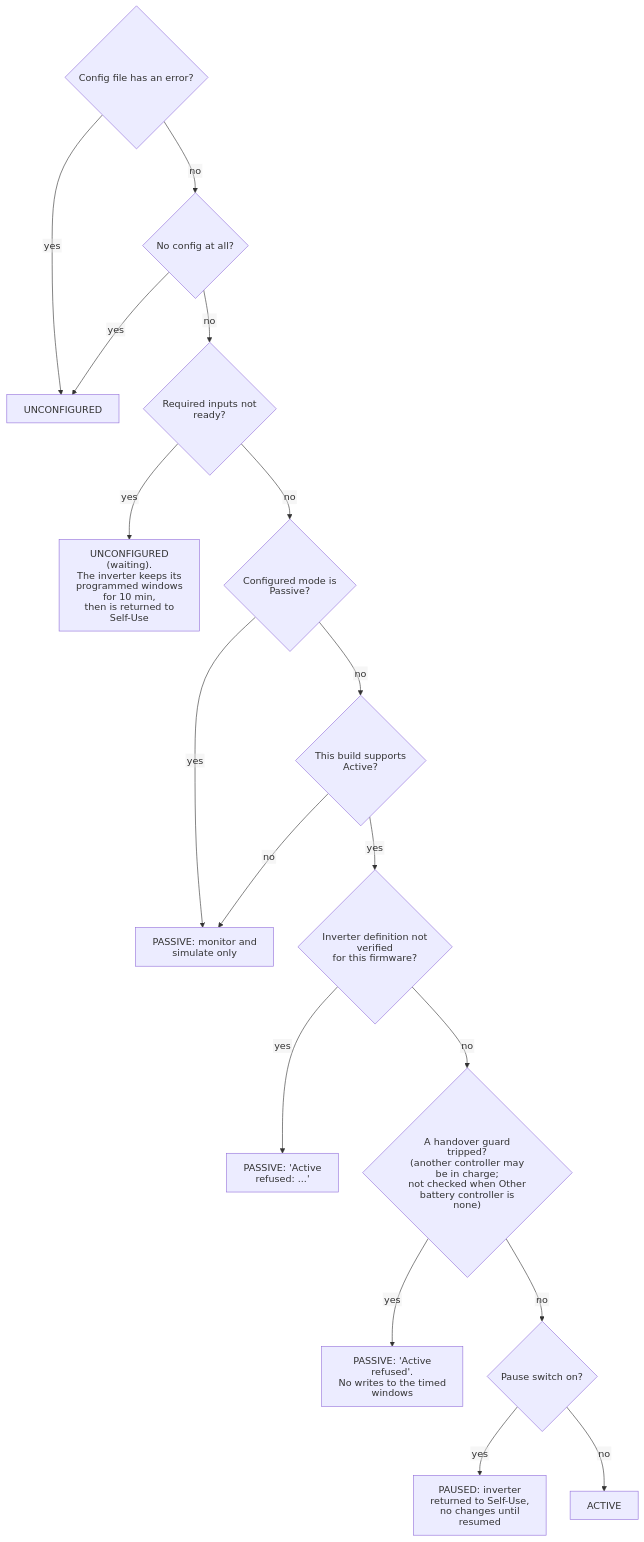
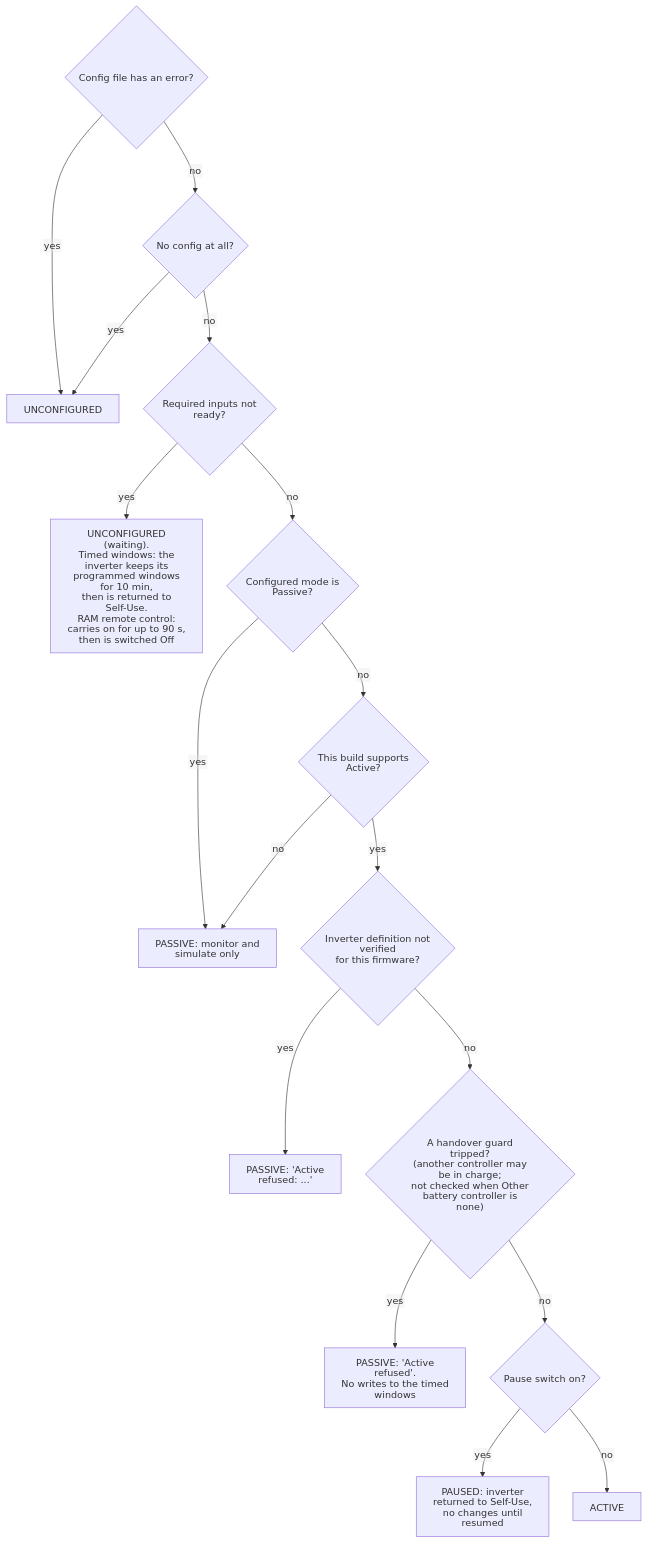
The first of 5 diagrams in docs/logic/04-priorities.md (durkimat/ha-powerengine-controller), drawn with Mermaid before and after one commit. The commit also changed 6 other files, not shown here.

First line of the commit message:
RAM remote control rides out a short input gap (90 s); 0.9.114 notes and docs

````diff
--- a/docs/logic/04-priorities.md
+++ b/docs/logic/04-priorities.md
@@ -17,20 +17,20 @@
 ```mermaid
 %%{init: {"htmlLabels": false, "flowchart": {"htmlLabels": false, "padding": 14, "nodeSpacing": 40, "rankSpacing": 50, "useMaxWidth": false}, "sequence": {"wrap": true, "useMaxWidth": false}}}%%
 flowchart TD
     A{"Config file has an error?"} -- yes --> A1["UNCONFIGURED"]
     A -- no --> B{"No config at all?"}
     B -- yes --> A1
     B -- no --> C{"Required inputs not ready?"}
-    C -- yes --> C1["UNCONFIGURED (waiting).<br/>The inverter keeps its programmed windows for 10 min,<br/>then is returned to Self-Use"]
+    C -- yes --> C1["UNCONFIGURED (waiting).<br/>Timed windows: the inverter keeps its programmed windows for 10 min,<br/>then is returned to Self-Use.<br/>RAM remote control: carries on for up to 90 s, then is switched Off"]
     C -- no --> D{"Configured mode is Passive?"}
     D -- yes --> D1["PASSIVE: monitor and simulate only"]
     D -- no --> E{"This build supports Active?"}
     E -- no --> D1
     E -- yes --> F{"Inverter definition not verified<br/>for this firmware?"}
     F -- yes --> D1b["PASSIVE: 'Active refused: ...'"]
     F -- no --> G{"A handover guard tripped?<br/>(another controller may be in charge;<br/>not checked when Other battery controller is none)"}
     G -- yes --> D1c["PASSIVE: 'Active refused'.<br/>No writes to the timed windows"]
     G -- no --> H{"Pause switch on?"}
     H -- yes --> H1["PAUSED: inverter returned to Self-Use,<br/>no changes until resumed"]
     H -- no --> I["ACTIVE"]
 ```
````
